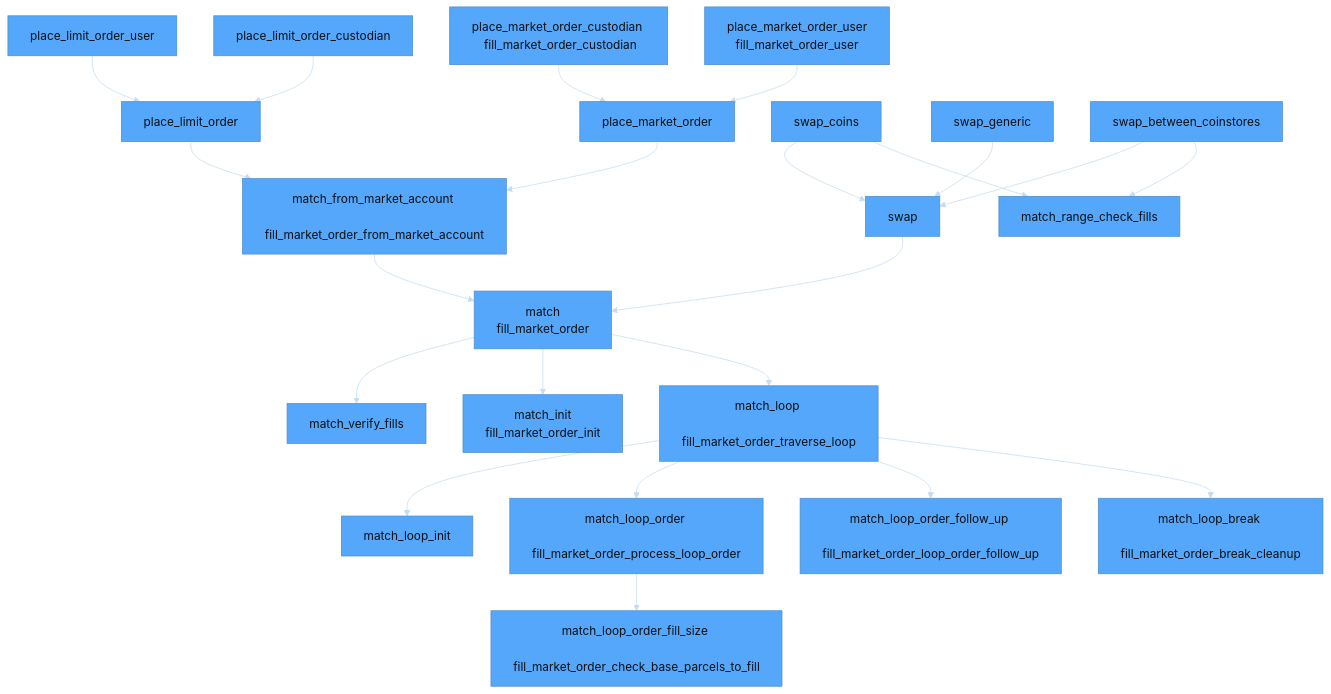
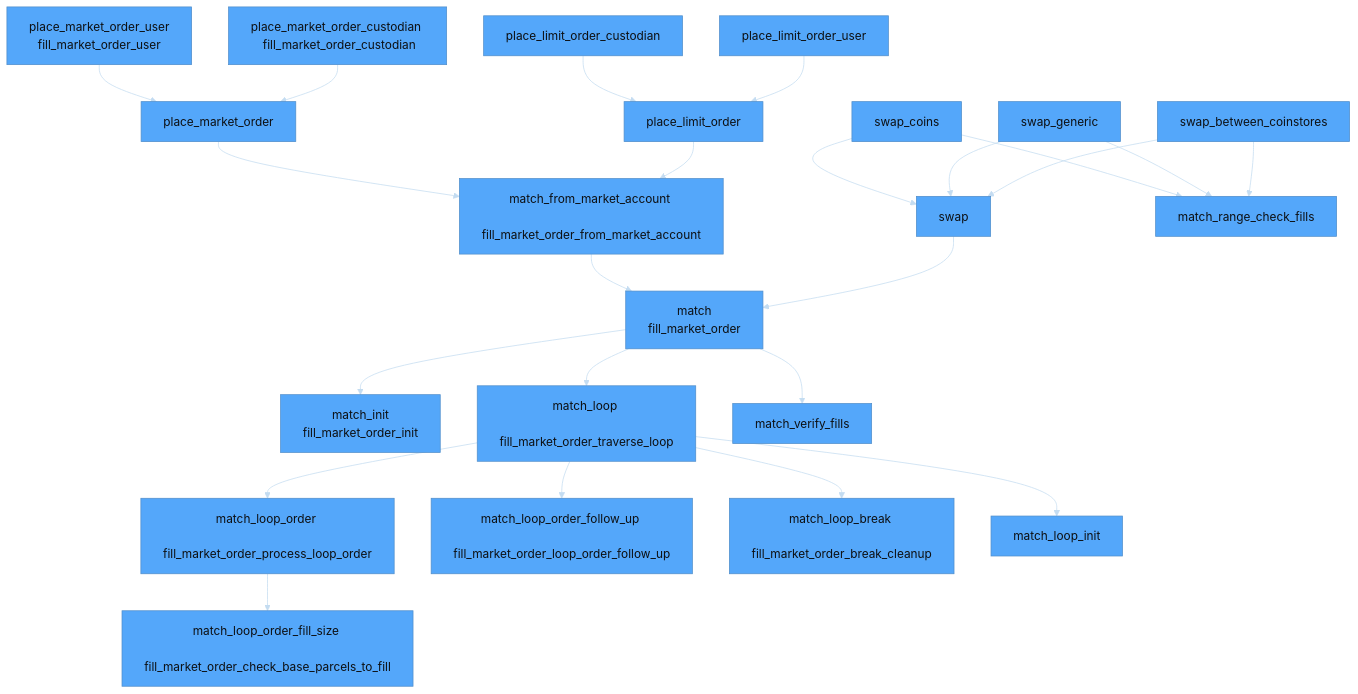
One commit to econia-labs/econia changed the third of 3 diagrams in src/move/econia/dependencies.md. Above: the diagram before and after it, drawn with Mermaid. The commit also changed 2 other files, not shown here.

Commit message:
Add generic asset swaps

```diff
--- a/src/move/econia/dependencies.md
+++ b/src/move/econia/dependencies.md
@@ -85,7 +85,7 @@
     class swap_between_coinstores implemented;
     class match_verify_fills implemented;
     class swap_coins implemented;
-    class swap_generic unimplemented
+    class swap_generic implemented
     class match implemented;
     class match_from_market_account unimplemented;
     class match_init implemented;
@@ -109,6 +109,7 @@
     swap_between_coinstores --> swap
     swap_between_coinstores --> match_range_check_fills
     match --> match_verify_fills
+    swap_generic --> match_range_check_fills
     swap_generic --> swap
     swap_coins --> swap
     swap_coins --> match_range_check_fills
```
